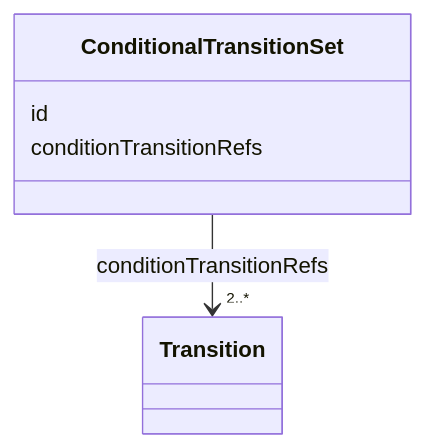
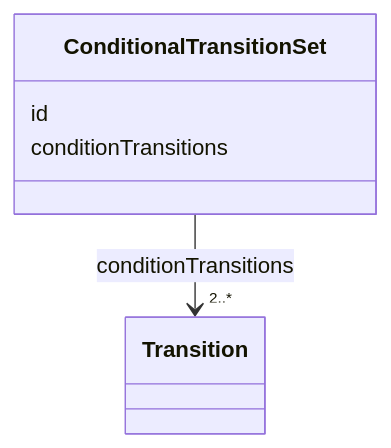
One commit to openuji/spec-ujg changed the second of 2 diagrams in specs/ed/modules/condition/index.md. Above: the diagram before and after it, drawn with Mermaid. The commit also changed other lines of this file and 370 other files, not shown here.

````diff
--- a/specs/ed/modules/condition/index.md
+++ b/specs/ed/modules/condition/index.md
@@ -63,9 +60,9 @@
 ```mermaid
 classDiagram
   class Transition
   class ConditionalTransitionSet {
     id
-    conditionTransitionRefs
+    conditionTransitions
   }
-  ConditionalTransitionSet --> "2..*" Transition : conditionTransitionRefs
+  ConditionalTransitionSet --> "2..*" Transition : conditionTransitions
 ```
````
